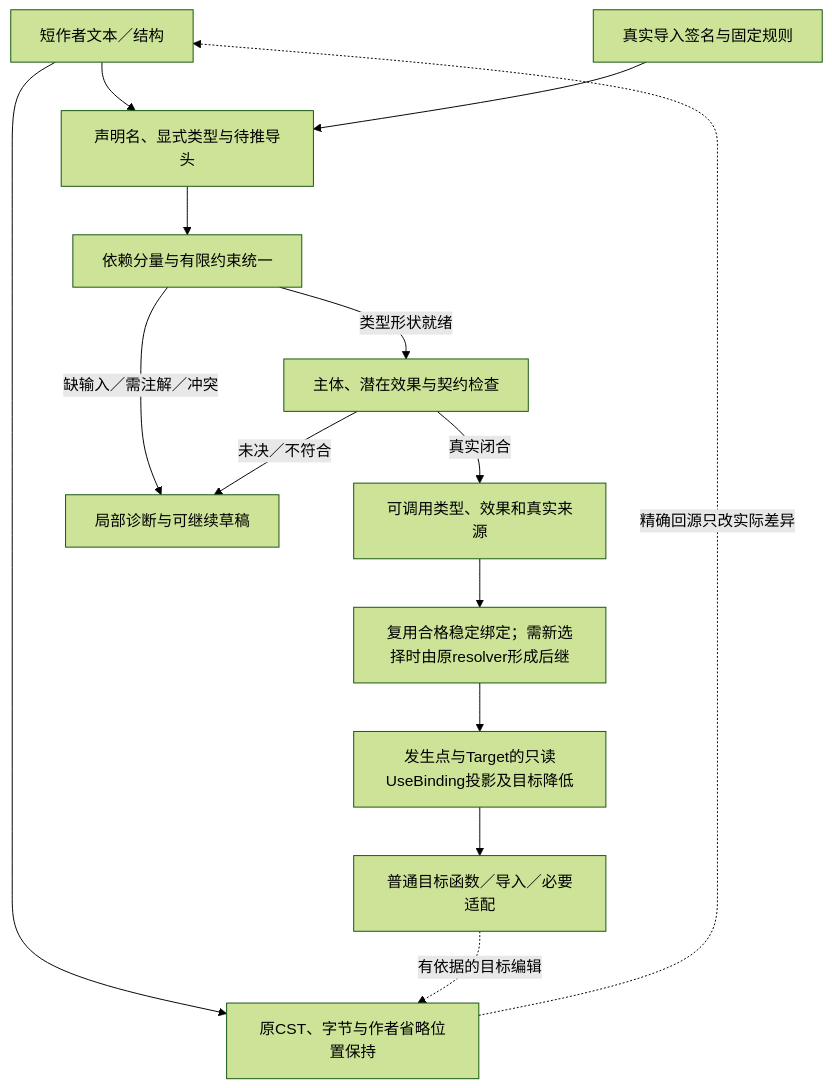
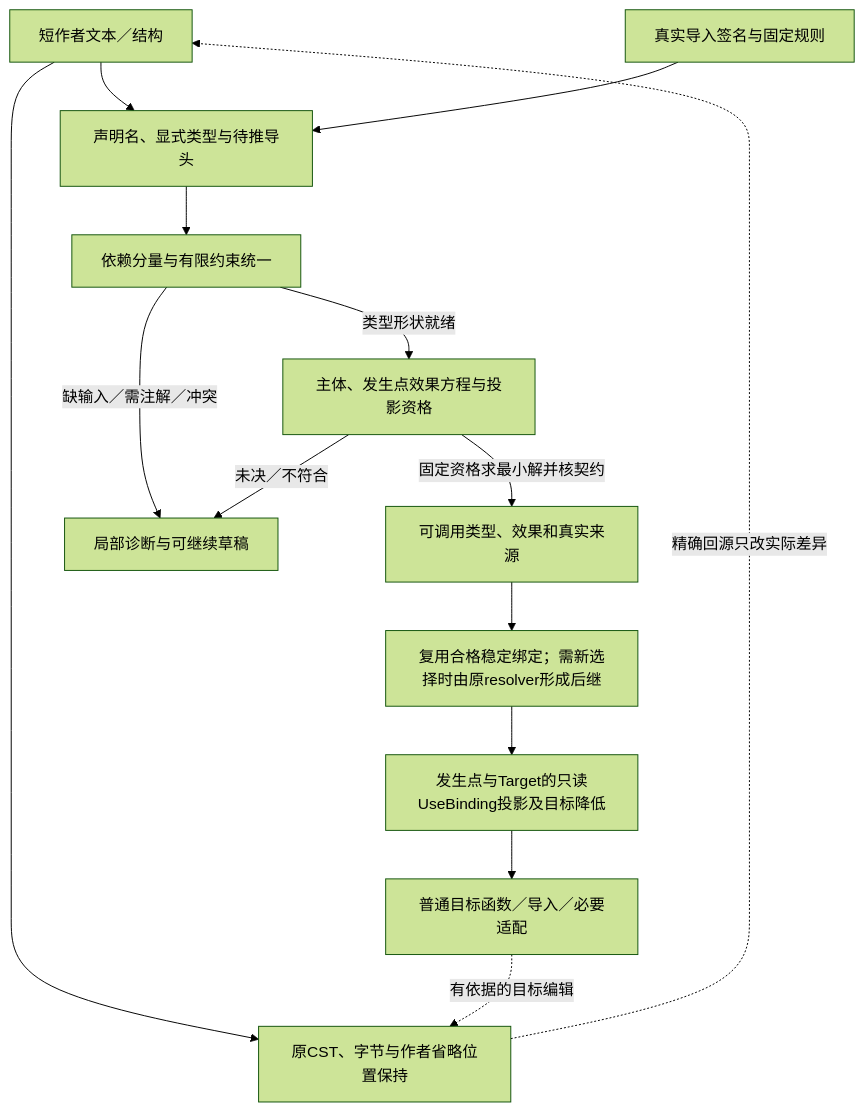
Before and after one commit to sec-platform/sec: the third of 3 diagrams in docs/编译/内核/编译值服务.md, drawn with Mermaid (forest theme). The commit also changed other lines of this file, not shown here.

````diff
--- a/docs/编译/内核/编译值服务.md
+++ b/docs/编译/内核/编译值服务.md
@@ -381,16 +387,16 @@
 ```mermaid
 flowchart TB
   S["短作者文本／结构"] --> H["声明名、显式类型与待推导头"]
   I["真实导入签名与固定规则"] --> H
   H --> Q["依赖分量与有限约束统一"]
-  Q -->|"类型形状就绪"| E["主体、潜在效果与契约检查"]
-  E -->|"真实闭合"| C["可调用类型、效果和真实来源"]
+  Q -->|"类型形状就绪"| E["主体、发生点效果方程与投影资格"]
+  E -->|"固定资格求最小解并核契约"| C["可调用类型、效果和真实来源"]
   Q -->|"缺输入／需注解／冲突"| D["局部诊断与可继续草稿"]
   E -->|"未决／不符合"| D
   C --> R["复用合格稳定绑定；需新选择时由原resolver形成后继"]
   R --> L["发生点与Target的只读UseBinding投影及目标降低"]
   L --> O["普通目标函数／导入／必要适配"]
   S --> P["原CST、字节与作者省略位置保持"]
   P -. "精确回源只改实际差异" .-> S
   O -. "有依据的目标编辑" .-> P
 ```
````
